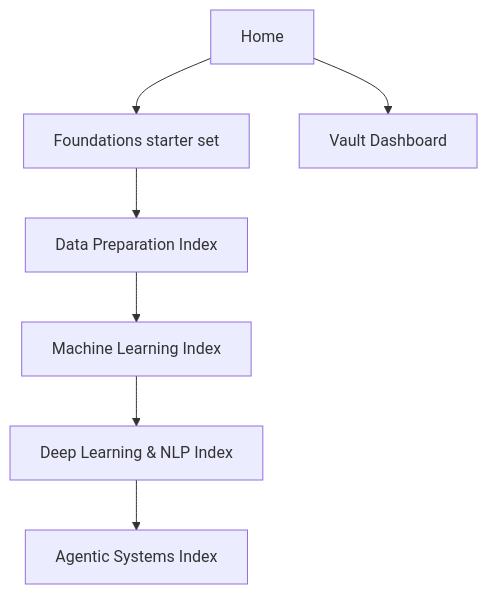
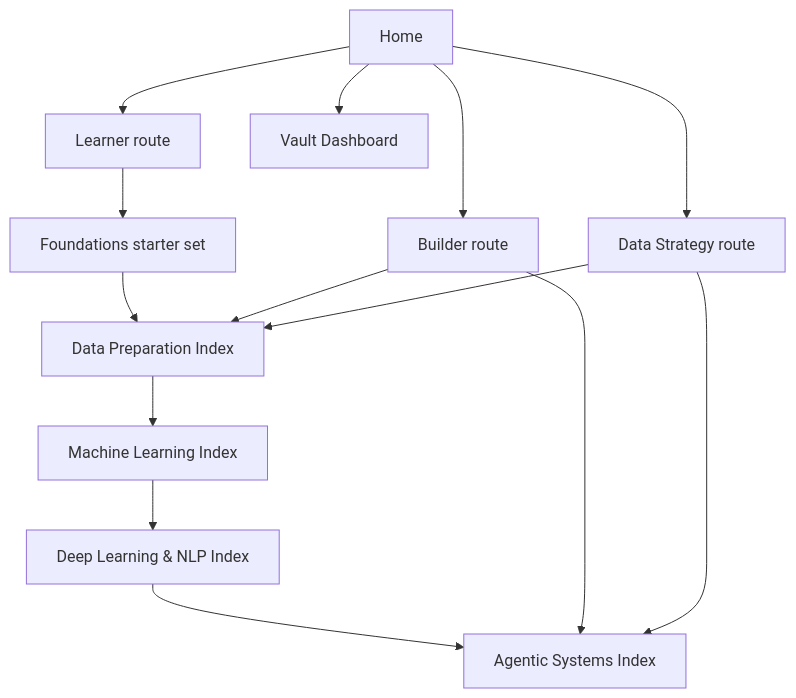
Before and after one commit to Reezo912/My-notes: the diagram in 00 Home/Home.md, drawn with Mermaid. The commit also changed other lines of this file and 11 other files, not shown here.

````diff
--- a/00 Home/Home.md
+++ b/00 Home/Home.md
@@ -22,9 +29,16 @@
 ```mermaid
 flowchart TD
-    A["Home"] --> B["Foundations starter set"]
-    B --> C["Data Preparation Index"]
-    C --> D["Machine Learning Index"]
-    D --> E["Deep Learning & NLP Index"]
-    E --> F["Agentic Systems Index"]
-    A --> G["Vault Dashboard"]
+    A["Home"] --> B["Learner route"]
+    A --> C["Builder route"]
+    A --> D["Data Strategy route"]
+    B --> E["Foundations starter set"]
+    E --> F["Data Preparation Index"]
+    F --> G["Machine Learning Index"]
+    G --> H["Deep Learning & NLP Index"]
+    H --> I["Agentic Systems Index"]
+    C --> F
+    C --> I
+    D --> F
+    D --> I
+    A --> J["Vault Dashboard"]
 ```
````
